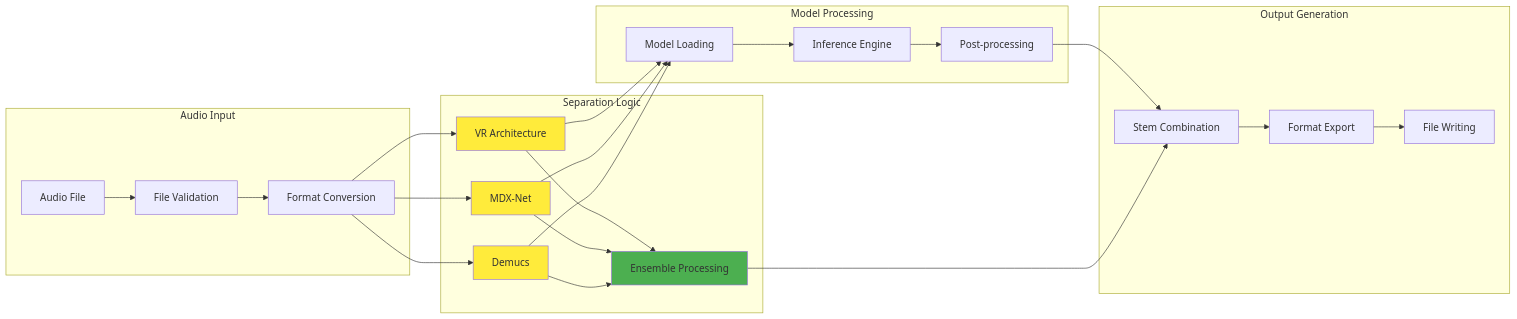
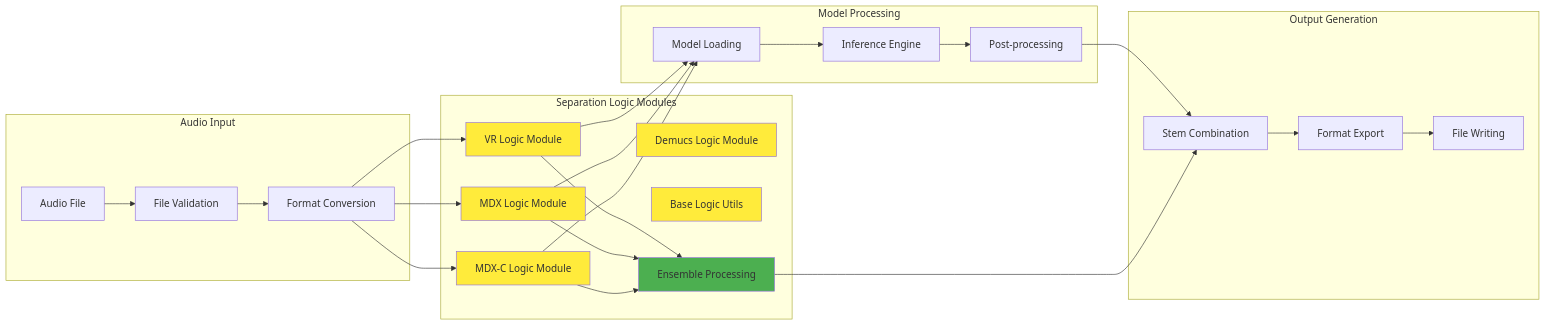
Before and after one commit to kufirre/ultimatevocalremovergui: the sixth of 7 diagrams in docs/architecture_diagrams.md, drawn with Mermaid. The commit also changed other lines of this file and 18 other files, not shown here.

First line of the commit message:
Modularize separation logic for better maintainability

````diff
--- a/docs/architecture_diagrams.md
+++ b/docs/architecture_diagrams.md
@@ -300,54 +316,58 @@
 ```mermaid
 graph LR
     subgraph "Audio Input"
         A[Audio File]
         B[File Validation]
         C[Format Conversion]
     end
     
-    subgraph "Separation Logic"
-        D[VR Architecture]
-        E[MDX-Net]
-        F[Demucs]
-        G[Ensemble Processing]
+    subgraph "Separation Logic Modules"
+        D[VR Logic Module]
+        E[MDX Logic Module]
+        F[MDX-C Logic Module]
+        G[Demucs Logic Module]
+        H[Base Logic Utils]
+        I[Ensemble Processing]
     end
     
     subgraph "Model Processing"
-        H[Model Loading]
-        I[Inference Engine]
-        J[Post-processing]
+        J[Model Loading]
+        K[Inference Engine]
+        L[Post-processing]
     end
     
     subgraph "Output Generation"
-        K[Stem Combination]
-        L[Format Export]
-        M[File Writing]
+        M[Stem Combination]
+        N[Format Export]
+        O[File Writing]
     end
     
     A --> B
     B --> C
     C --> D
     C --> E
     C --> F
     
-    D --> H
-    E --> H
-    F --> H
+    D --> J
+    E --> J
+    F --> J
     
-    H --> I
-    I --> J
     J --> K
-    
-    D --> G
-    E --> G
-    F --> G
-    G --> K
-    
     K --> L
     L --> M
+    
+    D --> I
+    E --> I
+    F --> I
+    I --> M
+    
+    M --> N
+    N --> O
     
     style D fill:#ffeb3b
     style E fill:#ffeb3b
     style F fill:#ffeb3b
-    style G fill:#4caf50
+    style G fill:#ffeb3b
+    style H fill:#ffeb3b
+    style I fill:#4caf50
 ```
````
